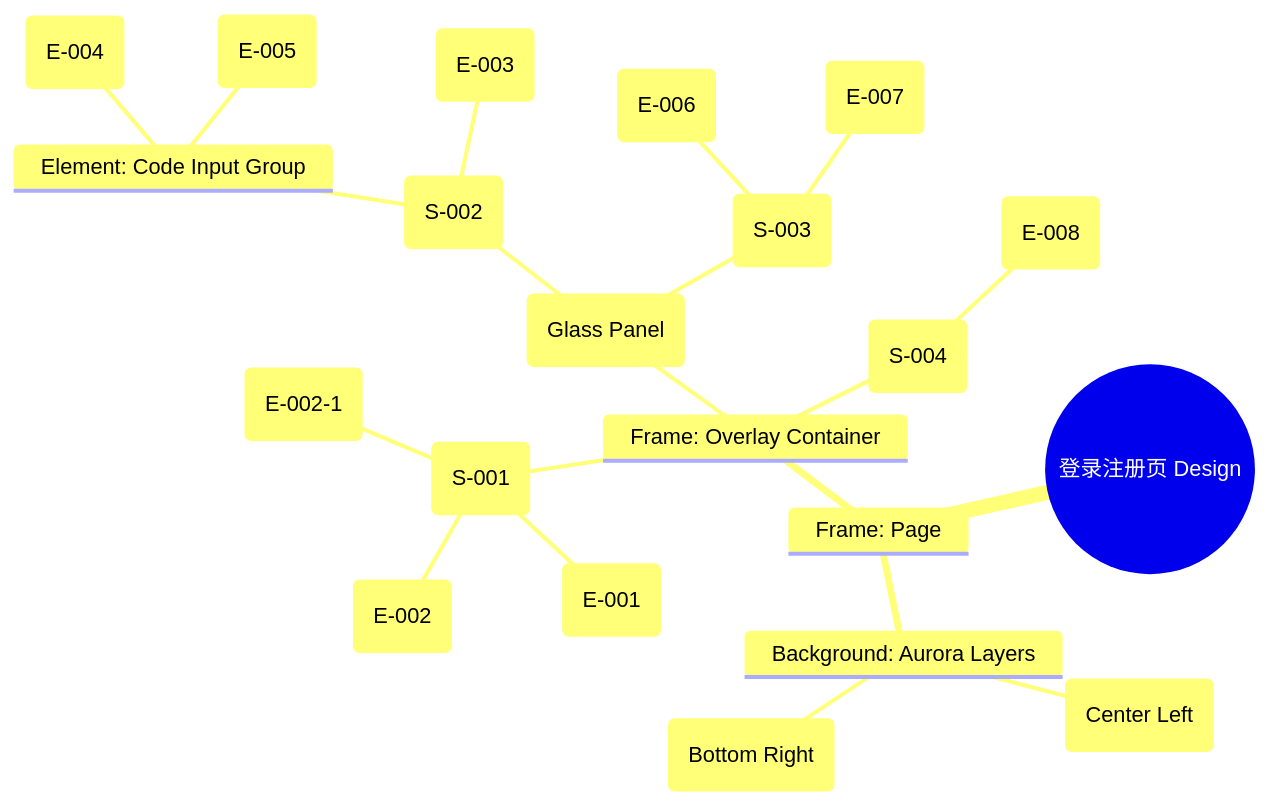
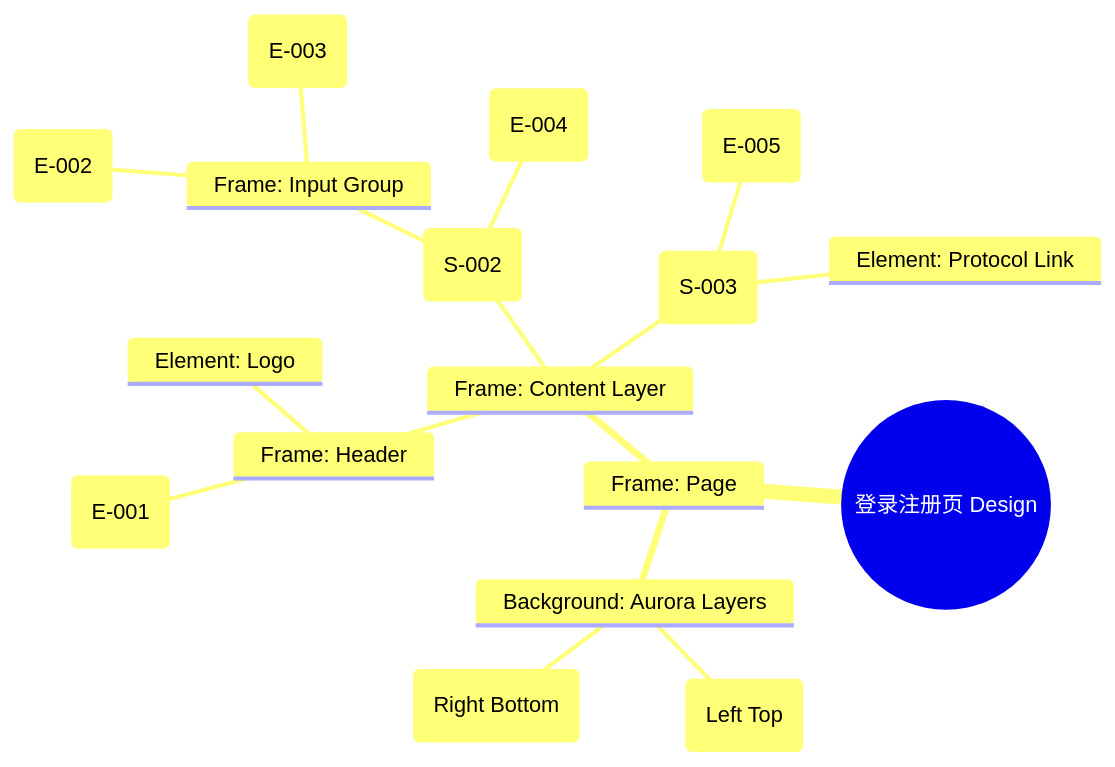
One commit to WangTW98/PM-Document-Skills changed the diagram in product/release/design/010-login.md. Above: the diagram before and after it, drawn with Mermaid. The commit also changed other lines of this file and 14 other files, not shown here.

````diff
--- a/product/release/design/010-login.md
+++ b/product/release/design/010-login.md
@@ -50,24 +47,20 @@
 ```mermaid
 mindmap
   root((登录注册页 Design))
     Frame: Page
       Background: Aurora Layers
-        Blob: Purple Glow (Center Left)
-        Blob: Blue Glow (Bottom Right)
-      Frame: Overlay Container
-        Frame: Header (S-001)
-          Element: Logo (E-001)
-          Element: Title (E-002)
-          Element: Subtitle (E-002-1)
-        Frame: Card (Glass Panel)
-          Frame: Form (S-002)
-            Element: Phone Input (E-003)
-            Element: Code Input Group
-              Element: Code Input (E-004)
-              Element: Get Code Button (E-005)
-          Frame: Actions (S-003)
-            Element: Agreement (E-006)
-            Element: Login Button (E-007)
-        Frame: Footer (S-004)
-          Element: WeChat Login (E-008)
+        Blob: Blue Glow (Left Top)
+        Blob: Purple Glow (Right Bottom)
+      Frame: Content Layer
+        Frame: Header
+          Element: Logo
+          Element: Slogan (E-001)
+        Frame: Login Card (S-002)
+          Frame: Input Group
+            Element: Phone Input (E-002)
+            Element: SMS Code (E-003)
+          Element: Login Button (E-004)
+        Frame: Agreement (S-003)
+          Element: Checkbox (E-005)
+          Element: Protocol Link
 ```
````
